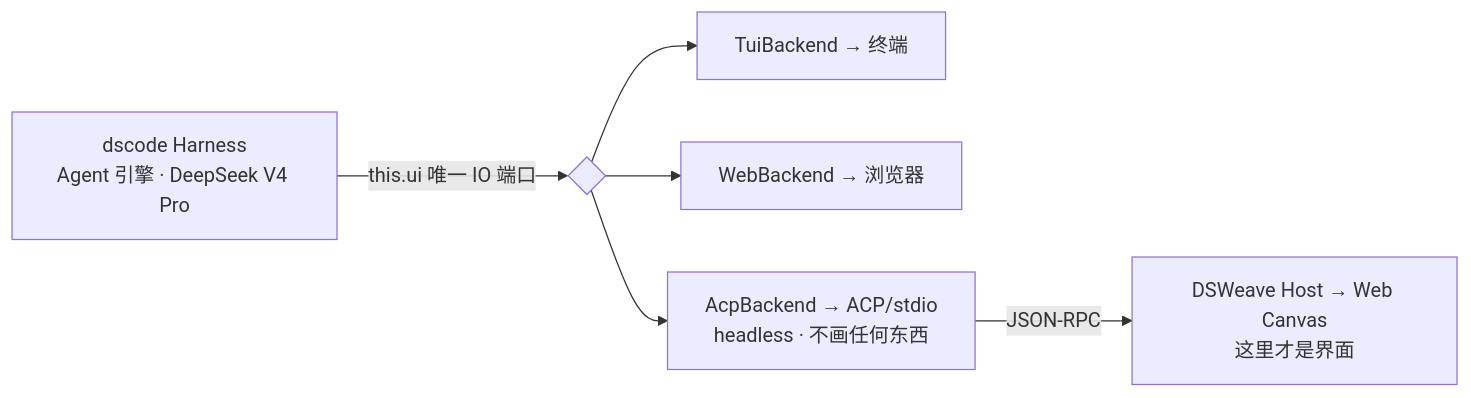
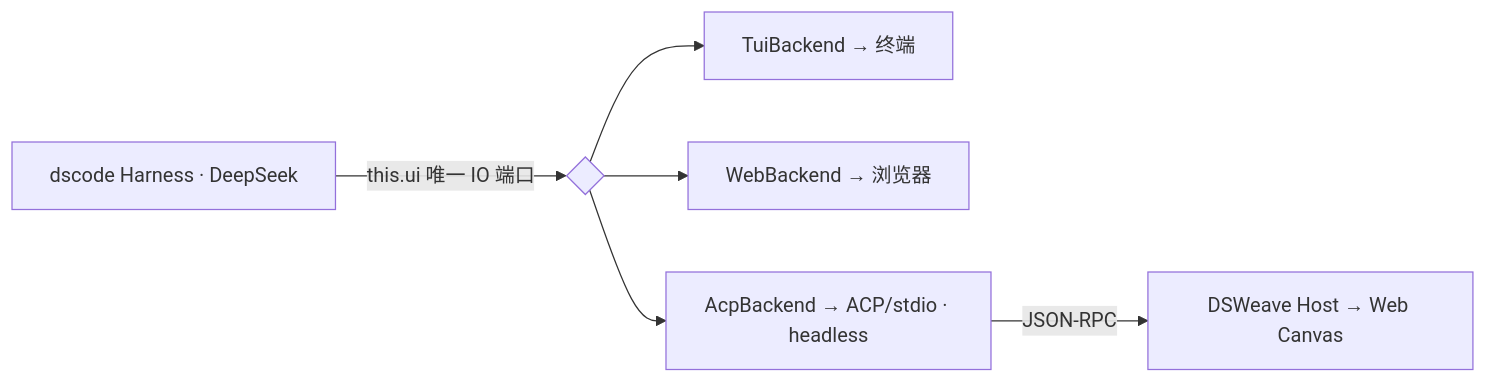
The second of 2 diagrams in docs/05-agent-integration.md (creativedswork/DSWeave), drawn with Mermaid before and after one commit. The commit also changed other lines of this file and 49 other files, not shown here.

````diff
--- a/docs/05-agent-integration.md
+++ b/docs/05-agent-integration.md
@@ -38,8 +135,8 @@
 ```mermaid
 graph LR
-  HZ[dscode Harness<br/>Agent 引擎 · DeepSeek V4 Pro] -->|this.ui 唯一 IO 端口| SEAM{ }
+  HZ[dscode Harness · DeepSeek] -->|this.ui 唯一 IO 端口| SEAM{ }
   SEAM --> T[TuiBackend → 终端]
   SEAM --> W[WebBackend → 浏览器]
-  SEAM --> A[AcpBackend → ACP/stdio<br/>headless · 不画任何东西]
-  A -->|JSON-RPC| DS[DSWeave Host → Web Canvas<br/>这里才是界面]
+  SEAM --> A[AcpBackend → ACP/stdio · headless]
+  A -->|JSON-RPC| DS[DSWeave Host → Web Canvas]
 ```
````
